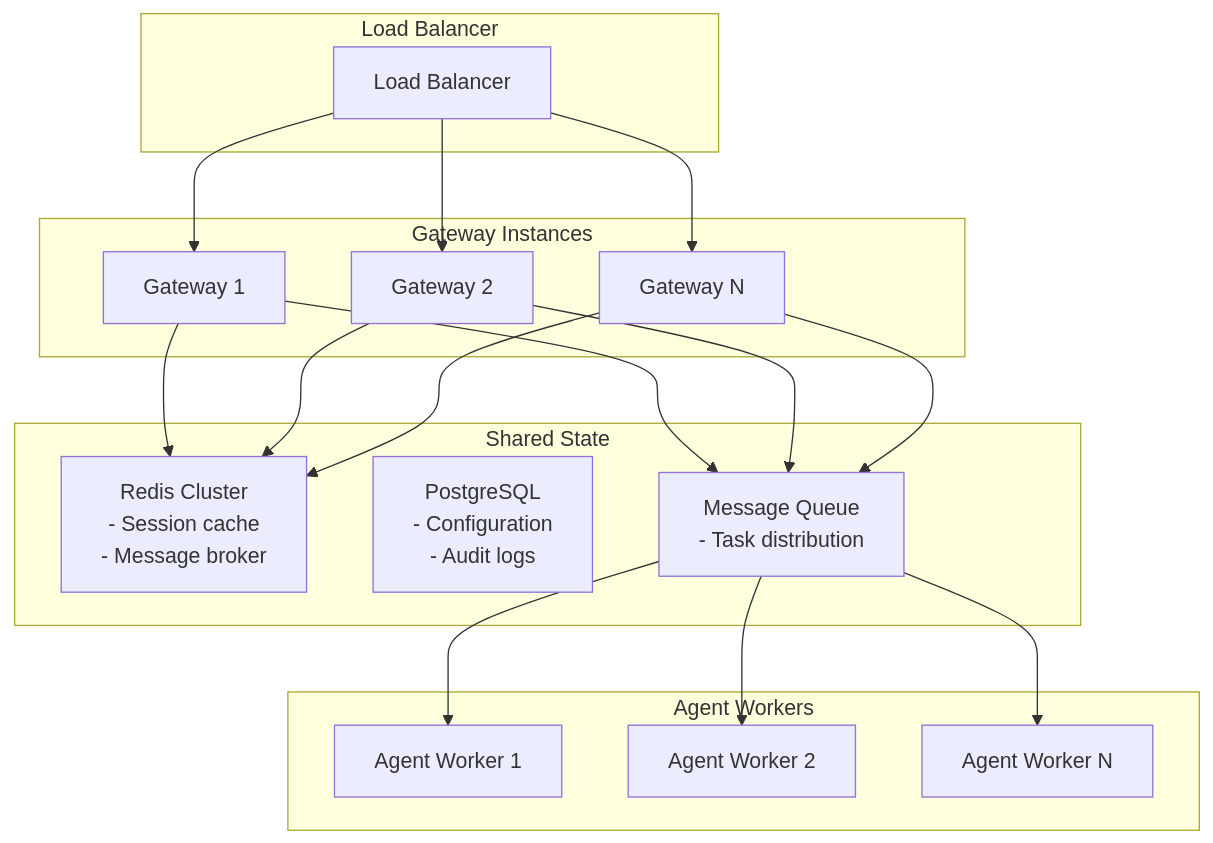
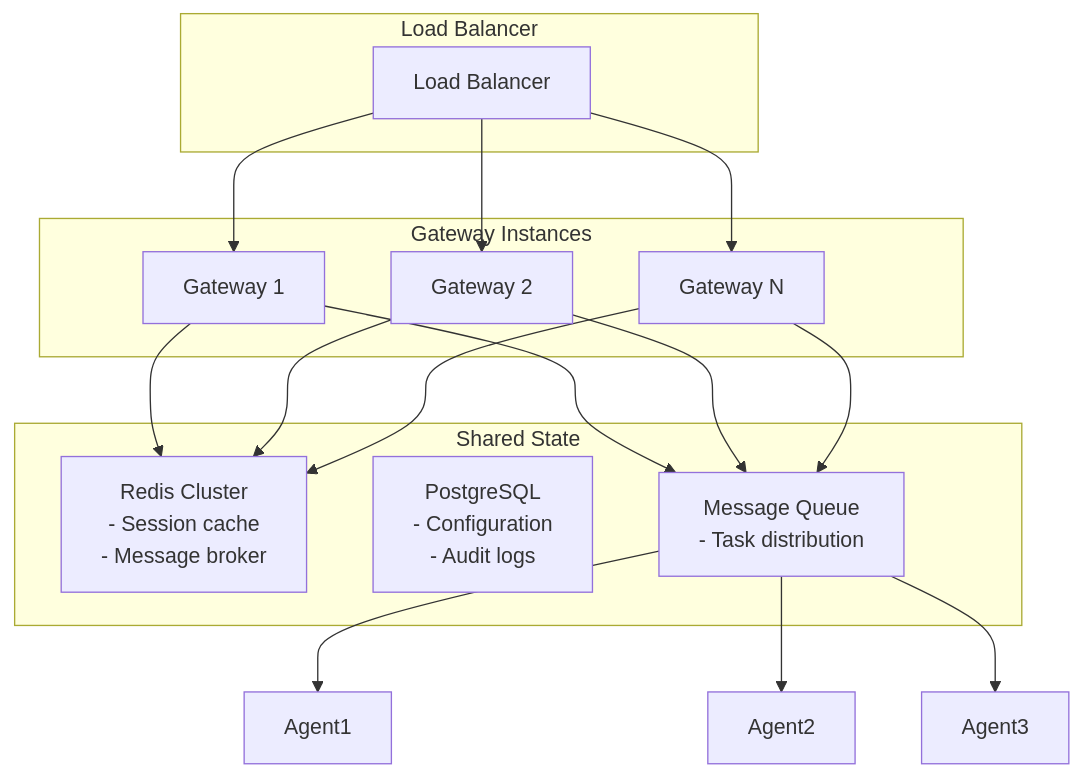
One commit to msellamiTN/openclaw changed diagram 18 of 26 in REFERENCE_ARCHITECTURE_TEMPLATE.md. Above: the diagram before and after it, drawn with Mermaid. The commit also changed other lines of this file, not shown here.

````diff
--- a/REFERENCE_ARCHITECTURE_TEMPLATE.md
+++ b/REFERENCE_ARCHITECTURE_TEMPLATE.md
@@ -2460,40 +3532,34 @@
 ```mermaid
-flowchart TB
+flowchart TD
     subgraph LB["Load Balancer"]
         LB1[Load Balancer]
     end
-
+    
     subgraph Gateways["Gateway Instances"]
         GW1[Gateway 1]
         GW2[Gateway 2]
         GW3[Gateway N]
     end
-
-    subgraph Agents["Agent Workers"]
-        Agent1[Agent Worker 1]
-        Agent2[Agent Worker 2]
-        Agent3[Agent Worker N]
-    end
-
+    
     subgraph SharedState["Shared State"]
         Redis[Redis Cluster<br/>- Session cache<br/>- Message broker]
         DB[PostgreSQL<br/>- Configuration<br/>- Audit logs]
         MQ[Message Queue<br/>- Task distribution]
     end
 
     LB1 --> GW1
     LB1 --> GW2
     LB1 --> GW3
     
     GW1 --> Redis
     GW2 --> Redis
     GW3 --> Redis
     
     GW1 --> MQ
     GW2 --> MQ
     GW3 --> MQ
     
     MQ --> Agent1
     MQ --> Agent2
     MQ --> Agent3
 ```
````
